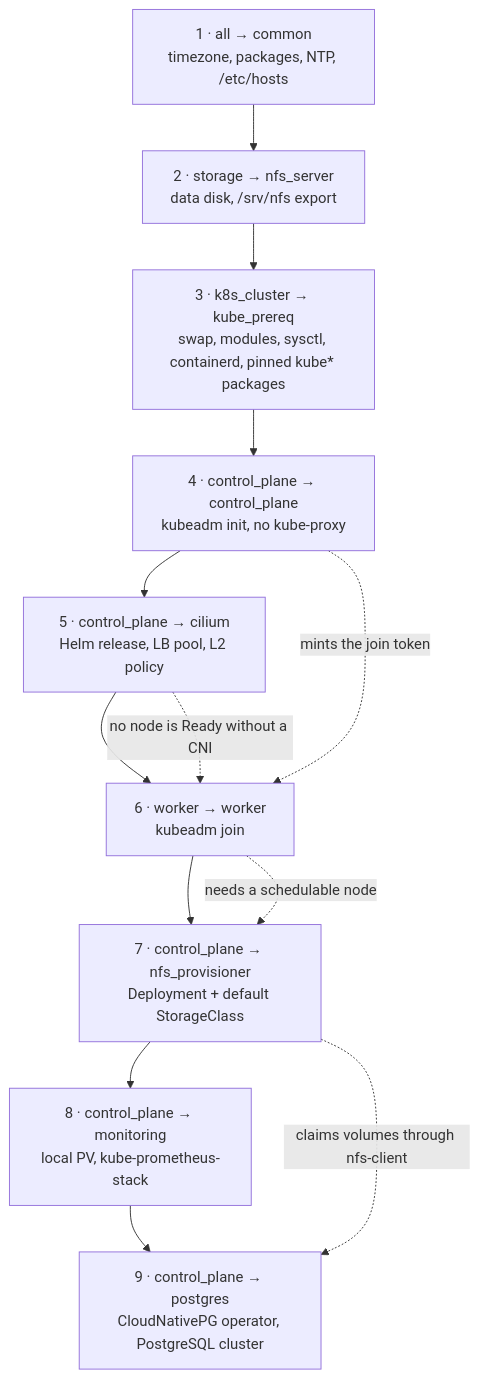
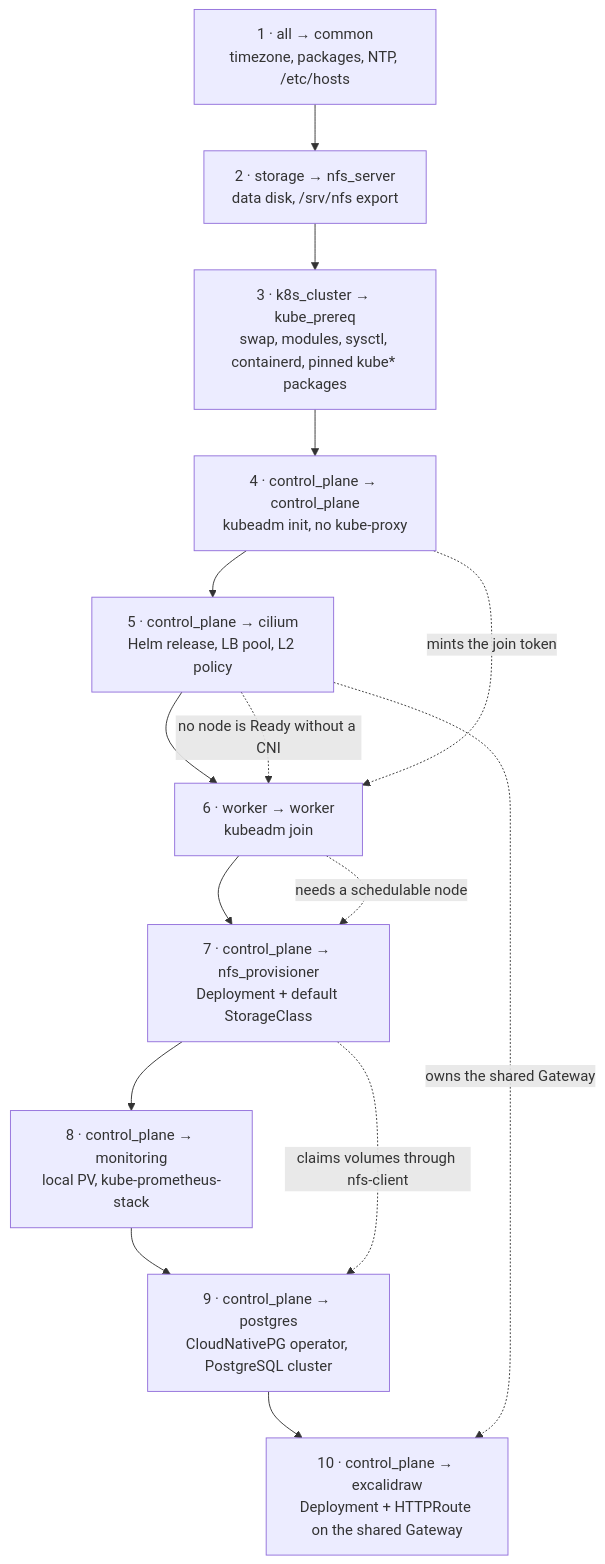
One commit to TheElysium/homelab changed the fifth of 7 diagrams in docs/provisioning.md. Above: the diagram before and after it, drawn with Mermaid. The commit also changed other lines of this file and 7 other files, not shown here.

First line of the commit message:
feat: deploy excalidraw behind the shared gateway

````diff
--- a/docs/provisioning.md
+++ b/docs/provisioning.md
@@ -193,18 +193,20 @@
 ```mermaid
 flowchart TB
     P1["1 · all → common<br/>timezone, packages, NTP, /etc/hosts"]
     P2["2 · storage → nfs_server<br/>data disk, /srv/nfs export"]
     P3["3 · k8s_cluster → kube_prereq<br/>swap, modules, sysctl, containerd, pinned kube* packages"]
     P4["4 · control_plane → control_plane<br/>kubeadm init, no kube-proxy"]
     P5["5 · control_plane → cilium<br/>Helm release, LB pool, L2 policy"]
     P6["6 · worker → worker<br/>kubeadm join"]
     P7["7 · control_plane → nfs_provisioner<br/>Deployment + default StorageClass"]
     P8["8 · control_plane → monitoring<br/>local PV, kube-prometheus-stack"]
     P9["9 · control_plane → postgres<br/>CloudNativePG operator, PostgreSQL cluster"]
+    P10["10 · control_plane → excalidraw<br/>Deployment + HTTPRoute on the shared Gateway"]
 
-    P1 --> P2 --> P3 --> P4 --> P5 --> P6 --> P7 --> P8 --> P9
+    P1 --> P2 --> P3 --> P4 --> P5 --> P6 --> P7 --> P8 --> P9 --> P10
     P6 -.->|"needs a schedulable node"| P7
     P7 -.->|"claims volumes through nfs-client"| P9
+    P5 -.->|"owns the shared Gateway"| P10
     P5 -.->|"no node is Ready without a CNI"| P6
     P4 -.->|"mints the join token"| P6
 ```
````
